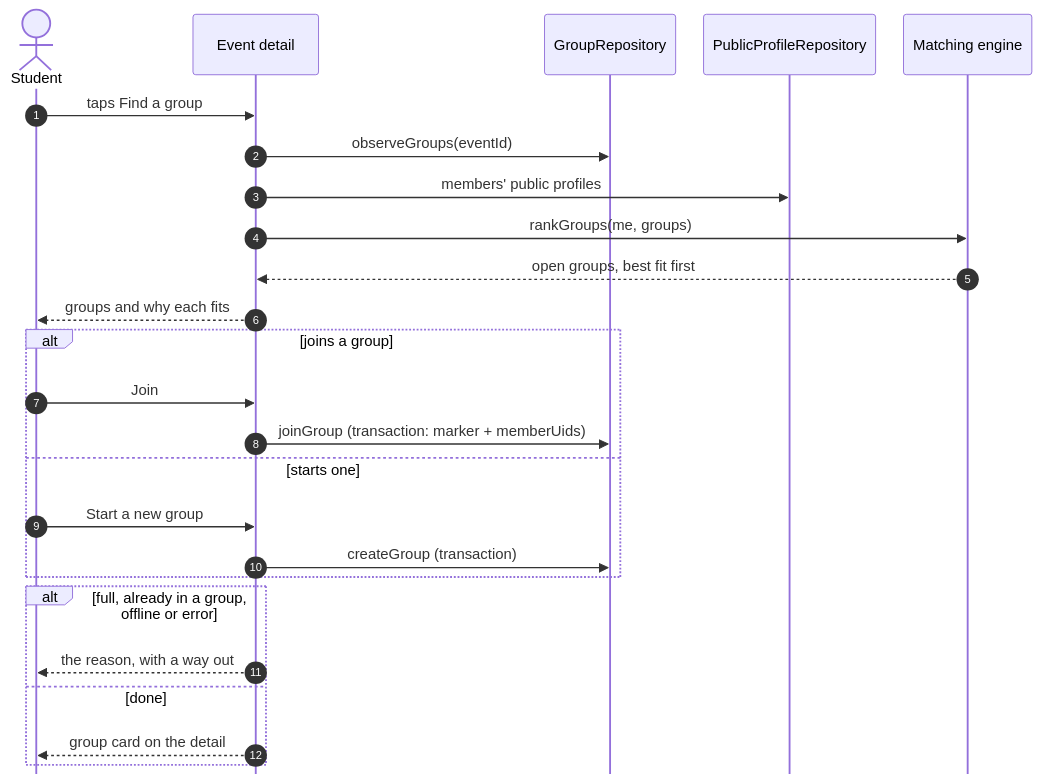
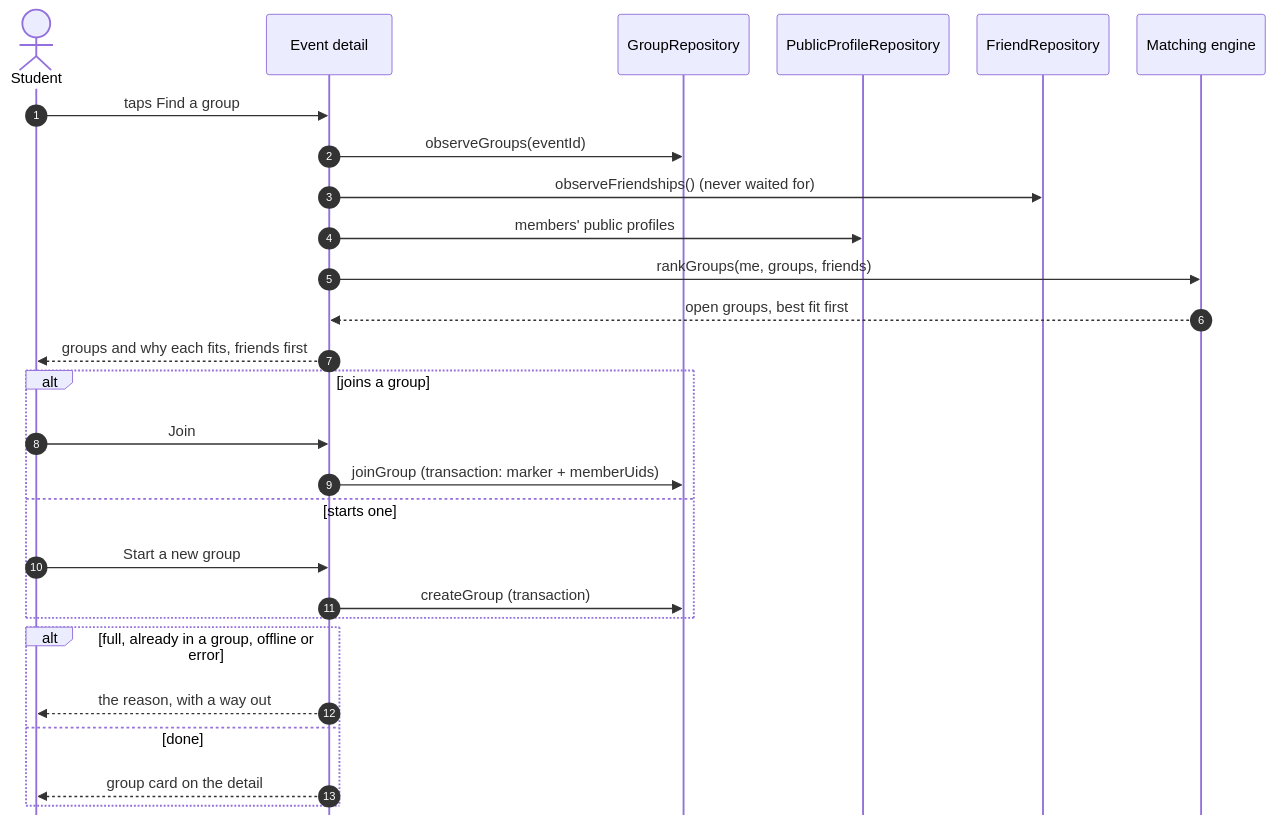
One commit to swent-polysocial/PolySocial changed diagram 15 of 16 in docs/Architecture-Diagram.md. Above: the diagram before and after it, drawn with Mermaid. The commit also changed other lines of this file and 1 other file, not shown here.

First line of the commit message:
docs: record that matching ranks friends first

````diff
--- a/docs/Architecture-Diagram.md
+++ b/docs/Architecture-Diagram.md
@@ -947,28 +951,30 @@
 ```mermaid
 %%{init: {"sequence": {"mirrorActors": false, "actorMargin": 30, "width": 135, "actorFontSize": 15, "messageFontSize": 15, "noteFontSize": 14}}}%%
 sequenceDiagram
   autonumber
   actor S as Student
   participant App as Event detail
   participant GR as GroupRepository
   participant PR as PublicProfileRepository
+  participant FR as FriendRepository
   participant ME as Matching engine
   S->>App: taps Find a group
   App->>GR: observeGroups(eventId)
+  App->>FR: observeFriendships() (never waited for)
   App->>PR: members' public profiles
-  App->>ME: rankGroups(me, groups)
+  App->>ME: rankGroups(me, groups, friends)
   ME-->>App: open groups, best fit first
-  App-->>S: groups and why each fits
+  App-->>S: groups and why each fits, friends first
   alt joins a group
     S->>App: Join
     App->>GR: joinGroup (transaction: marker + memberUids)
   else starts one
     S->>App: Start a new group
     App->>GR: createGroup (transaction)
   end
   alt full, already in a group, offline or error
     App-->>S: the reason, with a way out
   else done
     App-->>S: group card on the detail
   end
 ```
````
